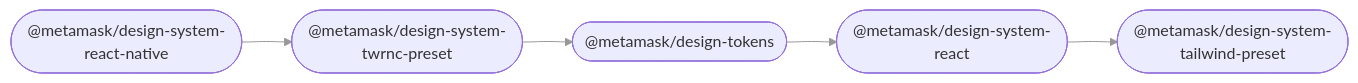
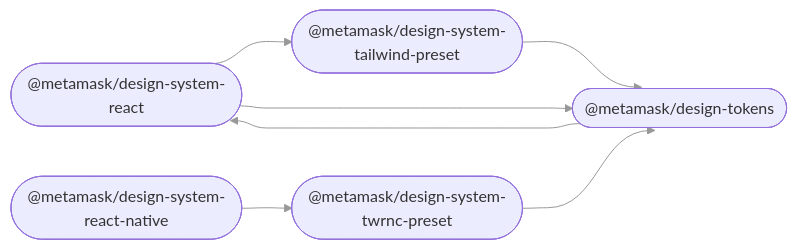
One commit to MetaMask/metamask-design-system changed the diagram in README.md. Above: the diagram before and after it, drawn with Mermaid. The commit also changed 1 other file, not shown here.

Commit message:
chore: fixing update readme script and updatin readme

````diff
--- a/README.md
+++ b/README.md
@@ -23,14 +23,16 @@
 ```mermaid
 %%{ init: { 'flowchart': { 'curve': 'bumpX' } } }%%
 graph LR;
 linkStyle default opacity:0.5
   design_system_react(["@metamask/design-system-react"]);
   design_system_react_native(["@metamask/design-system-react-native"]);
   design_system_tailwind_preset(["@metamask/design-system-tailwind-preset"]);
   design_system_twrnc_preset(["@metamask/design-system-twrnc-preset"]);
   design_tokens(["@metamask/design-tokens"]);
   design_system_react --> design_system_tailwind_preset;
+  design_system_react --> design_tokens;
   design_system_react_native --> design_system_twrnc_preset;
+  design_system_tailwind_preset --> design_tokens;
   design_system_twrnc_preset --> design_tokens;
   design_tokens --> design_system_react;
 ```
````
